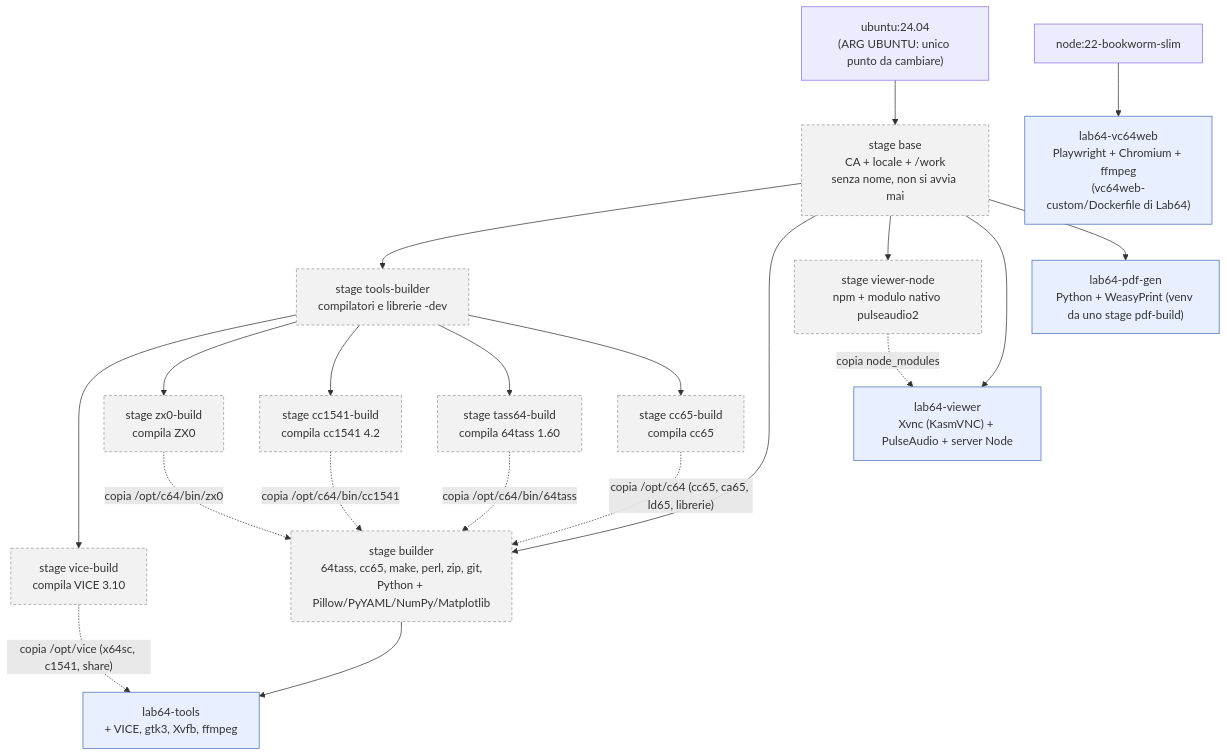
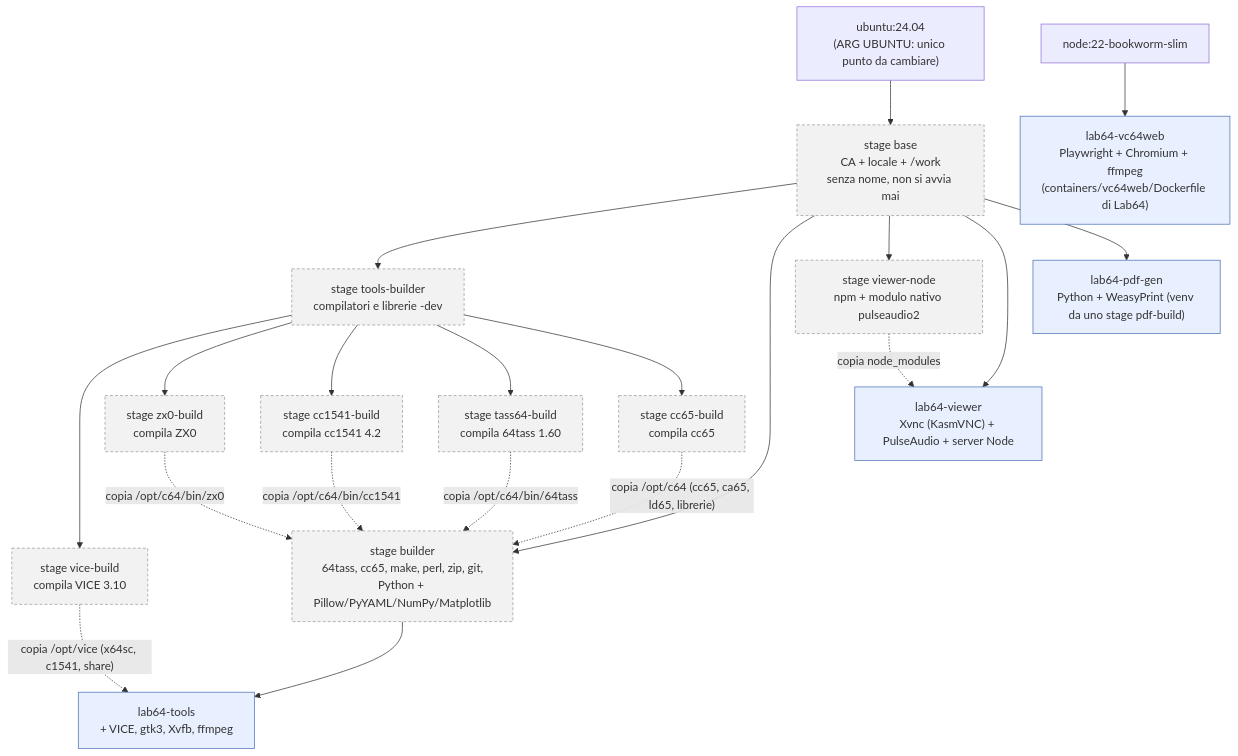
The first of 3 diagrams in docs/docker-architecture.md (caporalesimone/barbarian-the-blood-path), drawn with Mermaid before and after one commit. The commit also changed other lines of this file and 8 other files, not shown here.

First line of the commit message:
Lab64 1.11: nuova struttura del repository (cli/, build-scripts/, containers/)

````diff
--- a/docs/docker-architecture.md
+++ b/docs/docker-architecture.md
@@ -28,35 +28,35 @@
 ```mermaid
 flowchart TD
     UB["ubuntu:24.04<br/>(ARG UBUNTU: unico punto da cambiare)"] --> BASE["stage base<br/>CA + locale + /work<br/>senza nome, non si avvia mai"]
 
     BASE --> TB["stage tools-builder<br/>compilatori e librerie -dev"]
     TB --> VB["stage vice-build<br/>compila VICE 3.10"]
     TB --> ZB["stage zx0-build<br/>compila ZX0"]
     TB --> CB["stage cc1541-build<br/>compila cc1541 4.2"]
     TB --> T64["stage tass64-build<br/>compila 64tass 1.60"]
     TB --> C65["stage cc65-build<br/>compila cc65"]
 
     BASE --> BLD["stage builder<br/>64tass, cc65, make, perl, zip, git,<br/>Python + Pillow/PyYAML/NumPy/Matplotlib"]
     ZB -. "copia /opt/c64/bin/zx0" .-> BLD
     CB -. "copia /opt/c64/bin/cc1541" .-> BLD
     T64 -. "copia /opt/c64/bin/64tass" .-> BLD
     C65 -. "copia /opt/c64 (cc65, ca65, ld65, librerie)" .-> BLD
 
     BLD --> EVICE["lab64-tools<br/>+ VICE, gtk3, Xvfb, ffmpeg"]
     VB -. "copia /opt/vice (x64sc, c1541, share)" .-> EVICE
 
     BASE --> VN["stage viewer-node<br/>npm + modulo nativo pulseaudio2"]
     BASE --> VW["lab64-viewer<br/>Xvnc (KasmVNC) + PulseAudio + server Node"]
     VN -. "copia node_modules" .-> VW
 
     BASE --> MAN["lab64-pdf-gen<br/>Python + WeasyPrint (venv da uno stage pdf-build)"]
 
-    NODE["node:22-bookworm-slim"] --> VC["lab64-vc64web<br/>Playwright + Chromium + ffmpeg<br/>(vc64web-custom/Dockerfile di Lab64)"]
+    NODE["node:22-bookworm-slim"] --> VC["lab64-vc64web<br/>Playwright + Chromium + ffmpeg<br/>(containers/vc64web/Dockerfile di Lab64)"]
 
     classDef gen fill:#e8f0ff,stroke:#4a6fb5;
     classDef game fill:#fff0e0,stroke:#b5834a;
     classDef stage fill:#f2f2f2,stroke:#999,stroke-dasharray:4 3;
     class EVICE,VW,VC gen;
     class MAN gen;
     class BASE,TB,VB,ZB,CB,T64,C65,VN,BLD stage;
 ```
````
